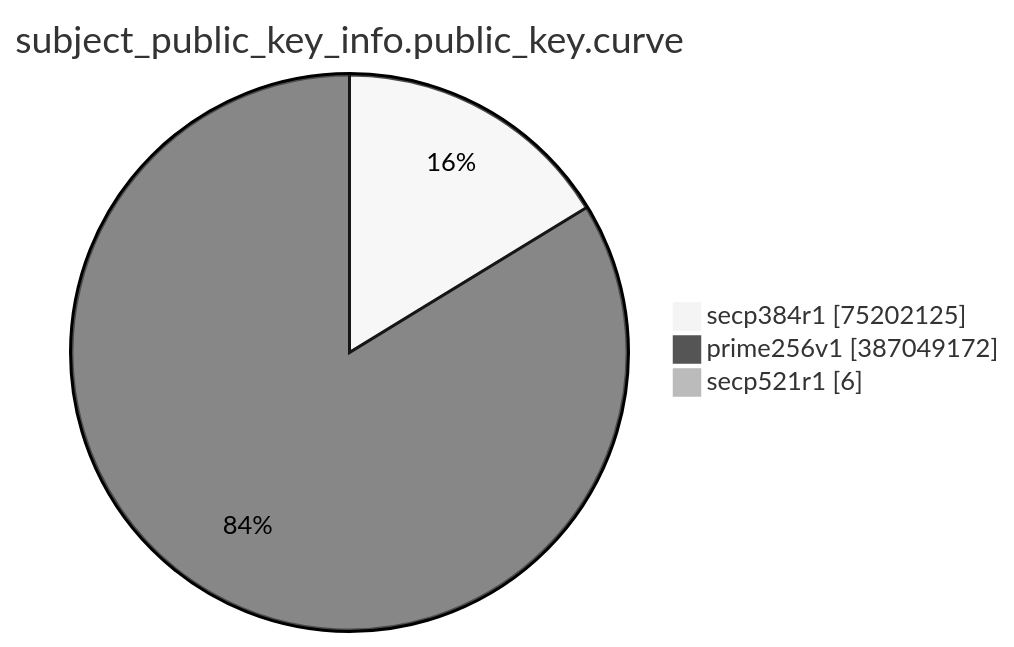
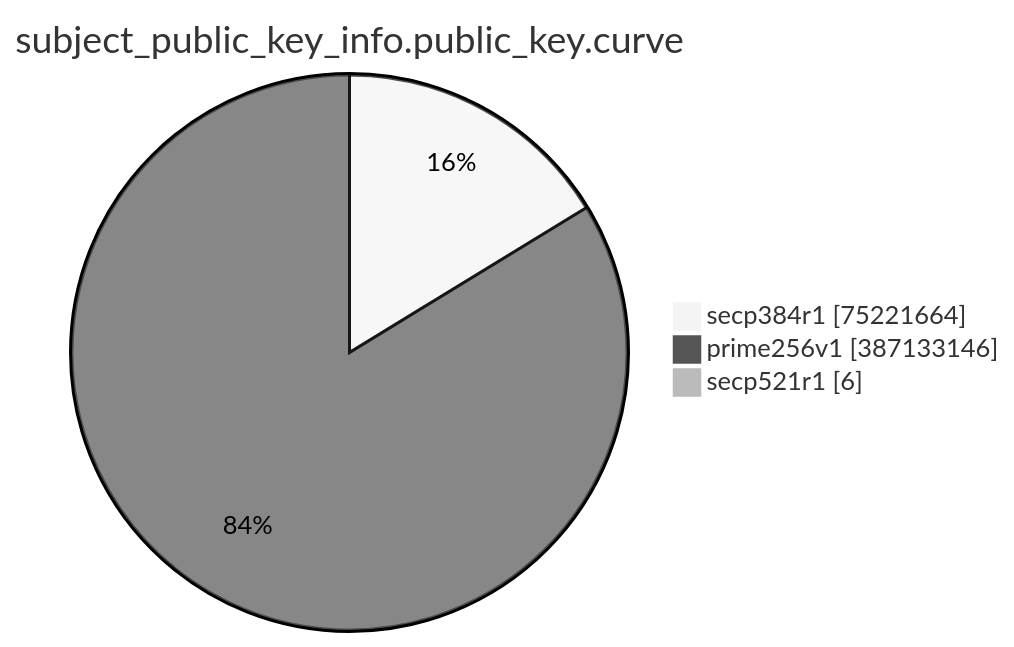
One commit to christiankrug/ctmonitor_visualization changed the eighth of 15 diagrams in TOTAL/README.md. Above: the diagram before and after it, drawn with Mermaid (neutral theme). The commit also changed other lines of this file, not shown here.

````diff
--- a/TOTAL/README.md
+++ b/TOTAL/README.md
@@ -3094,7 +3094,7 @@
 ```mermaid
 pie showData
 title subject_public_key_info.public_key.curve
-"secp384r1" :75202125
-"prime256v1" :387049172
+"secp384r1" :75221664
+"prime256v1" :387133146
 "secp521r1" :6
 ```
````
